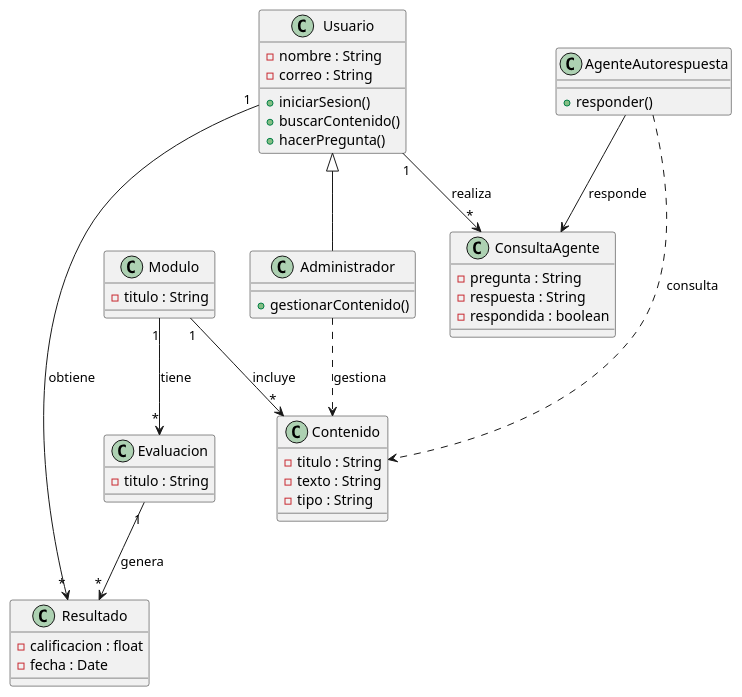
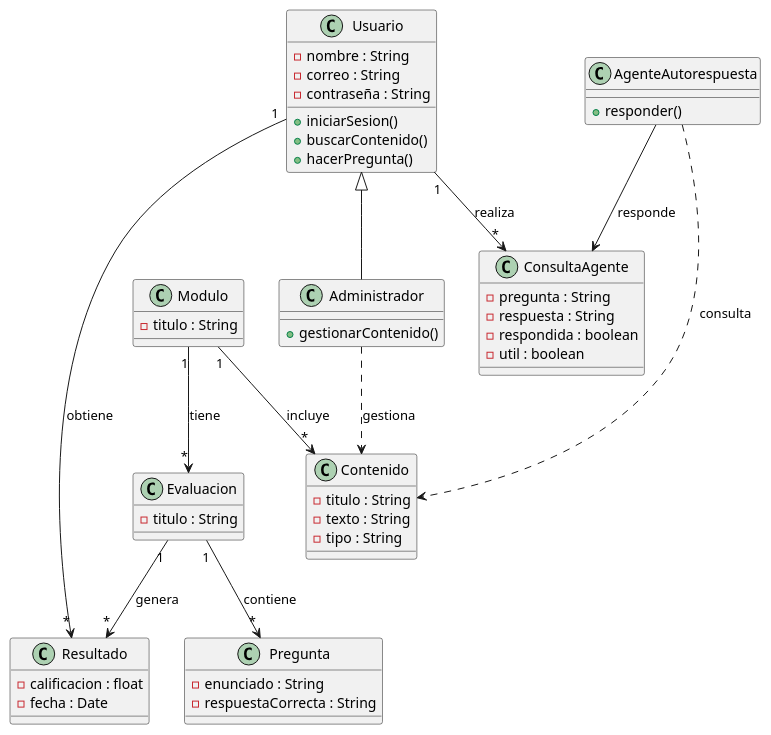
The diagram in IAGenerativaGainzarAMS/src/uml/DCIAGenerativa.puml (julesgainzar/Proyecto_Final_IAGenerativa_AMS), drawn with PlantUML before and after one commit. The commit also changed 11 other files, not shown here.

```diff
--- a/IAGenerativaGainzarAMS/src/uml/DCIAGenerativa.puml
+++ b/IAGenerativaGainzarAMS/src/uml/DCIAGenerativa.puml
@@ -1,53 +1,61 @@
 @startuml
 
 class Usuario {
   - nombre : String
   - correo : String
+  - contraseña : String
   + iniciarSesion()
   + buscarContenido()
   + hacerPregunta()
 }
 
 class Administrador {
   + gestionarContenido()
 }
 
 class Modulo {
   - titulo : String
 }
 
 class Contenido {
   - titulo : String
   - texto : String
   - tipo : String
 }
 
 class Evaluacion {
   - titulo : String
 }
 
+class Pregunta {
+  - enunciado : String
+  - respuestaCorrecta : String
+}
+
 class Resultado {
   - calificacion : float
   - fecha : Date
 }
 
 class ConsultaAgente {
   - pregunta : String
   - respuesta : String
   - respondida : boolean
+  - util : boolean
 }
 
 class AgenteAutorespuesta {
   + responder()
 }
 
 Usuario <|-- Administrador
 Modulo "1" --> "*" Contenido : incluye
 Modulo "1" --> "*" Evaluacion : tiene
+Evaluacion "1" --> "*" Pregunta : contiene
 Usuario "1" --> "*" Resultado : obtiene
 Evaluacion "1" --> "*" Resultado : genera
 Usuario "1" --> "*" ConsultaAgente : realiza
 AgenteAutorespuesta --> ConsultaAgente : responde
 AgenteAutorespuesta ..> Contenido : consulta
 Administrador ..> Contenido : gestiona
 @enduml
```
